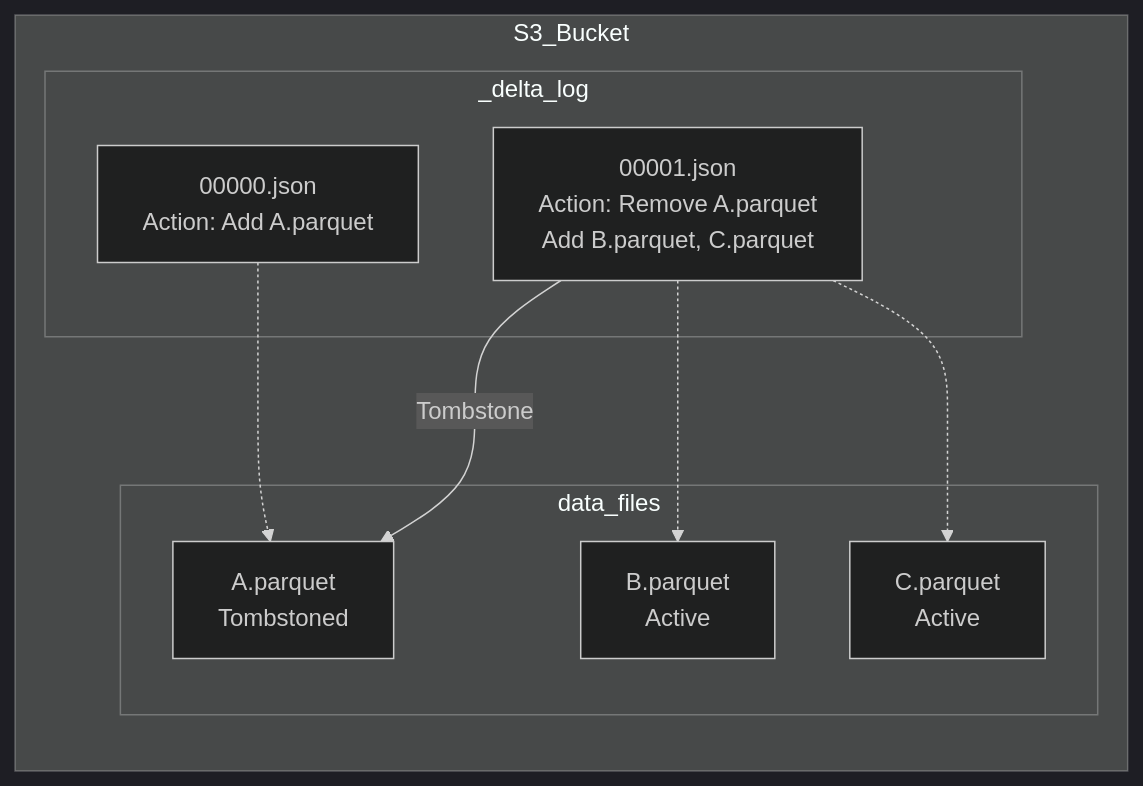
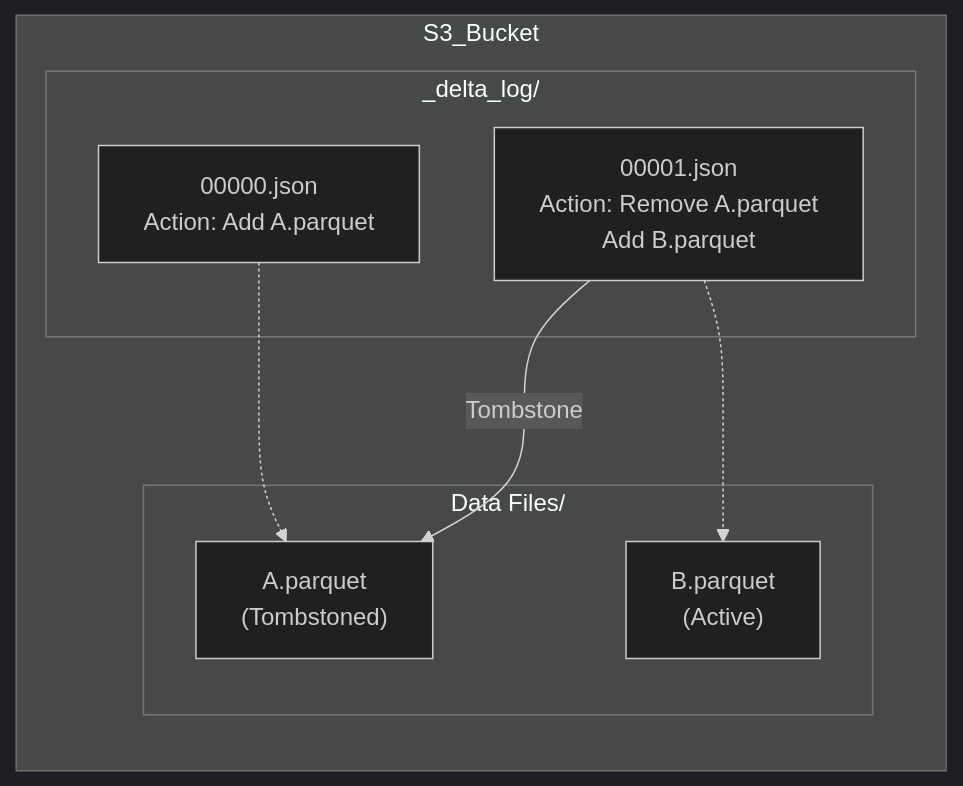
One commit to kythuatdulieu/kythuatdulieu.github.io changed the diagram in src/content/docs/concepts/3-storage-engines-formats/time-travel.md. Above: the diagram before and after it, drawn with Mermaid (dark theme). The commit also changed other lines of this file and 228 other files, not shown here.

Commit message:
Fix syntax and rewrite 200+ concepts docs to deep-dive system architecture and add GA4 tracking to quiz app

````diff
--- a/src/content/docs/concepts/3-storage-engines-formats/time-travel.md
+++ b/src/content/docs/concepts/3-storage-engines-formats/time-travel.md
@@ -23,20 +28,18 @@
 ```mermaid
 flowchart TD
     subgraph S3_Bucket
         direction TB
-        subgraph _delta_log
+        subgraph delta_log["_delta_log/"]
             v0["00000.json<br/>Action: Add A.parquet"]
-            v1["00001.json<br/>Action: Remove A.parquet<br/>Add B.parquet, C.parquet"]
+            v1["00001.json<br/>Action: Remove A.parquet<br/>Add B.parquet"]
         end
-        subgraph data_files
-            A["A.parquet<br/>Tombstoned"]
-            B["B.parquet<br/>Active"]
-            C["C.parquet<br/>Active"]
+        subgraph data_files["Data Files/"]
+            A["A.parquet<br/>(Tombstoned)"]
+            B["B.parquet<br/>(Active)"]
         end
         
         v0 -.-> A
         v1 --"Tombstone"--> A
         v1 -.-> B
-        v1 -.-> C
     end
 ```
````
